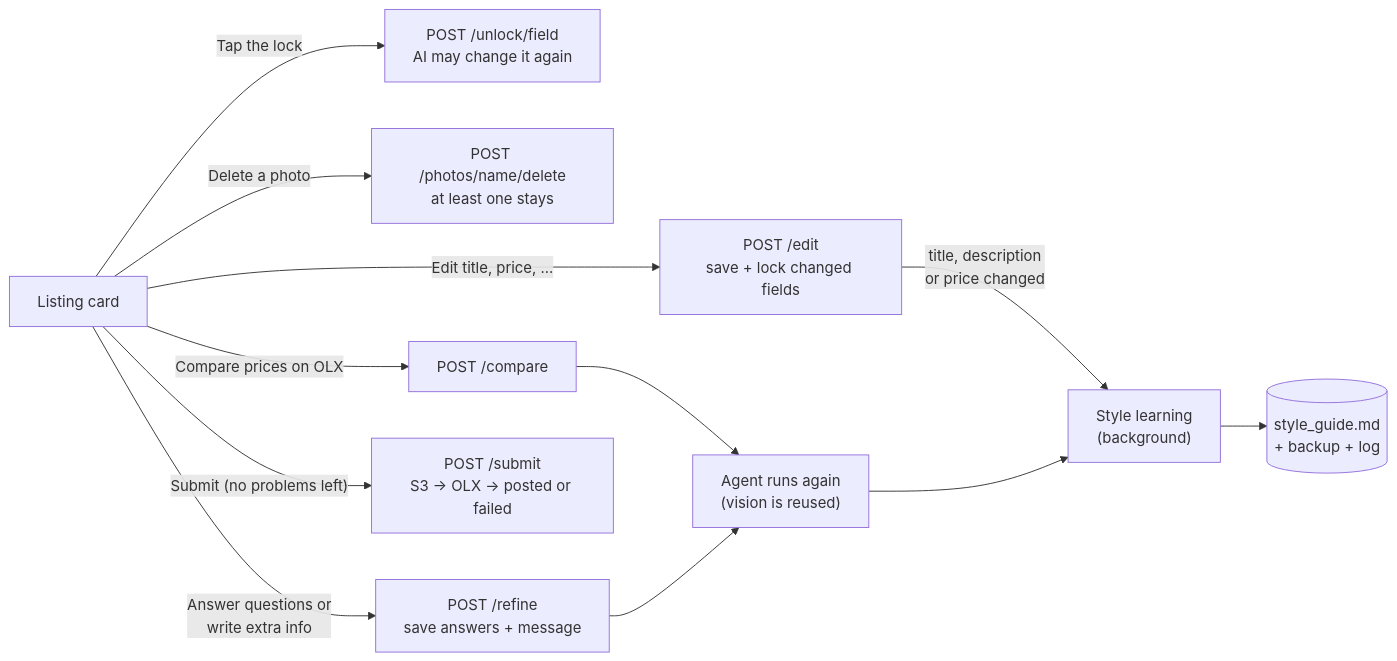
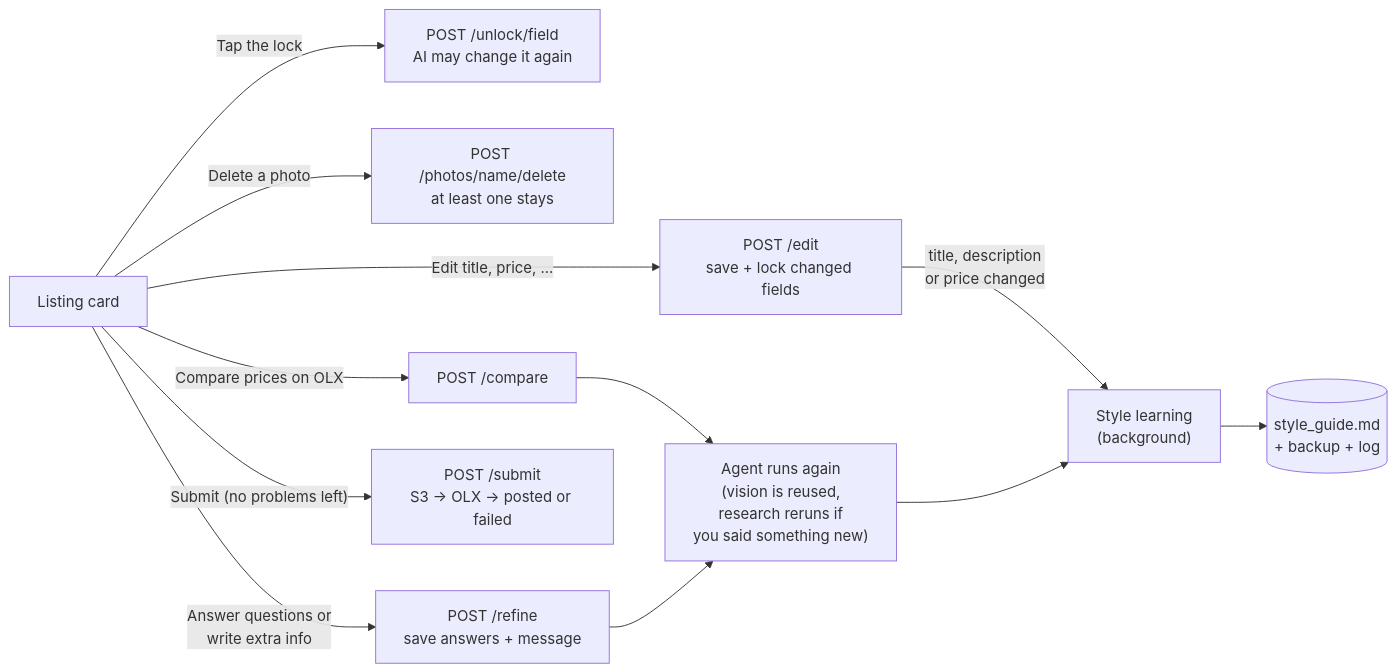
One commit to hsavovski/olx-auto changed the fifth of 6 diagrams in docs/GUIDE.md. Above: the diagram before and after it, drawn with Mermaid. The commit also changed other lines of this file and 14 other files, not shown here.

````diff
--- a/docs/GUIDE.md
+++ b/docs/GUIDE.md
@@ -205,15 +214,15 @@
 ```mermaid
 flowchart LR
   card["Listing card"]
   card -->|"Edit title, price, ..."| edit["POST /edit<br/>save + lock changed fields"]
   card -->|"Tap the lock"| unlock["POST /unlock/field<br/>AI may change it again"]
   card -->|"Delete a photo"| delphoto["POST /photos/name/delete<br/>at least one stays"]
   card -->|"Answer questions or<br/>write extra info"| refine["POST /refine<br/>save answers + message"]
   card -->|"Compare prices on OLX"| compare["POST /compare"]
   compare --> rerun
   edit -->|"title, description<br/>or price changed"| learn["Style learning<br/>(background)"]
-  refine --> rerun["Agent runs again<br/>(vision is reused)"]
+  refine --> rerun["Agent runs again<br/>(vision is reused,<br/>research reruns if<br/>you said something new)"]
   rerun --> learn
   learn --> guide[("style_guide.md<br/>+ backup + log")]
   card -->|"Submit (no problems left)"| post["POST /submit<br/>S3 → OLX → posted or failed"]
 ```
````
